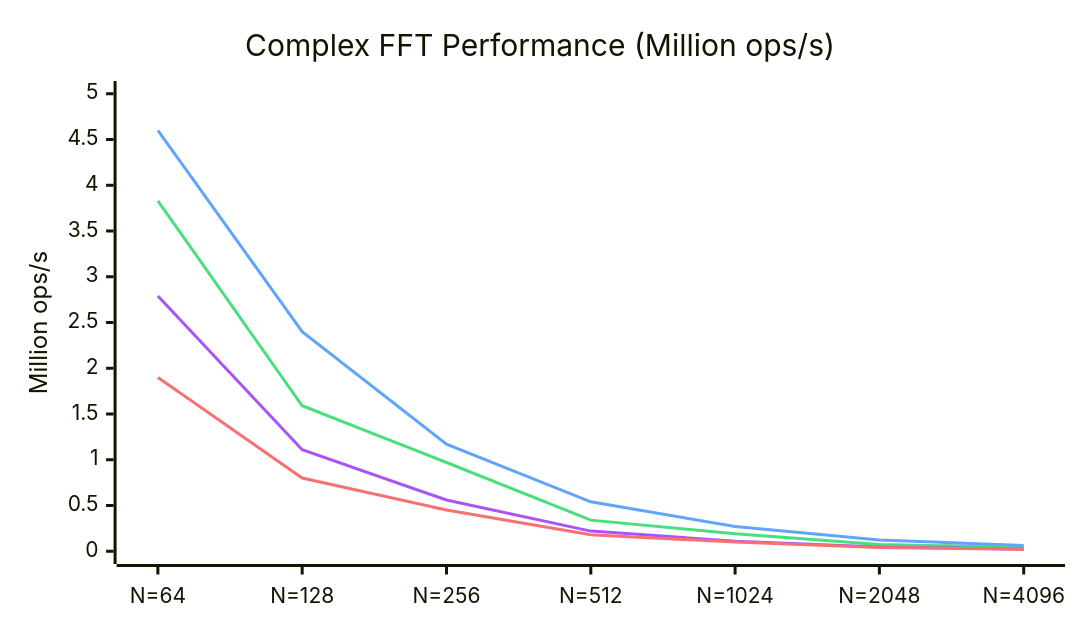
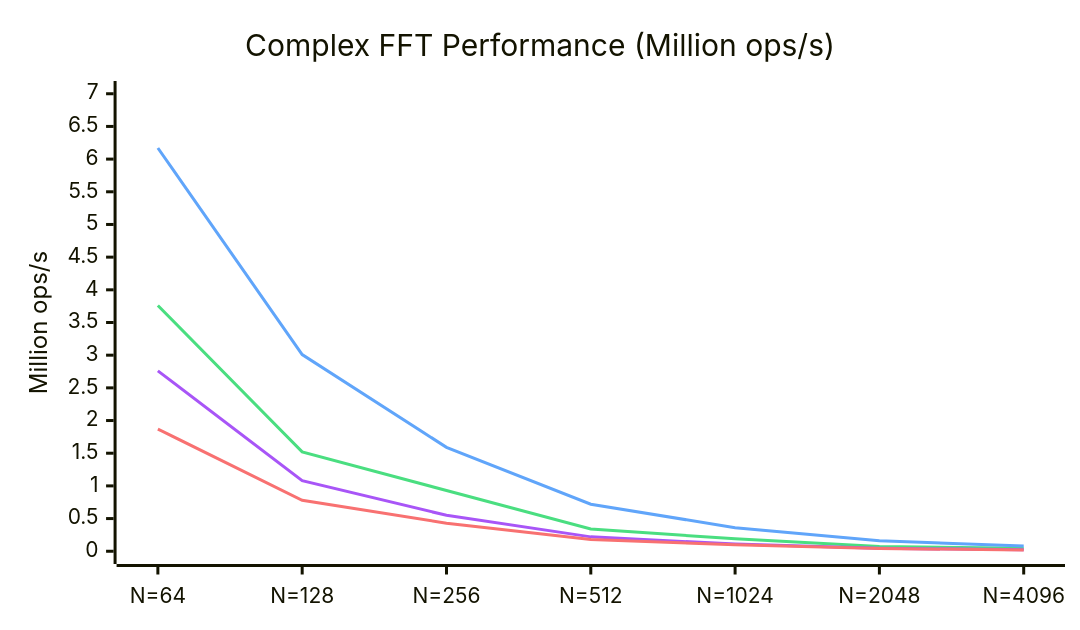
The first of 2 diagrams in README.md (EmNudge/wat-fft), drawn with Mermaid before and after one commit. The commit also changed other lines of this file and 5 other files, not shown here.

````diff
--- a/README.md
+++ b/README.md
@@ -21,19 +21,19 @@
 ```mermaid
 ---
 config:
     xyChart:
         width: 700
         height: 400
     themeVariables:
         xyChart:
             plotColorPalette: "#4ade80, #60a5fa, #a855f7, #f87171"
 ---
 xychart-beta
     title "Complex FFT Performance (Million ops/s)"
     x-axis [N=64, N=128, N=256, N=512, N=1024, N=2048, N=4096]
-    y-axis "Million ops/s" 0 --> 5
-    line [3.83, 1.59, 0.97, 0.34, 0.19, 0.074, 0.044]
-    line [4.60, 2.40, 1.17, 0.54, 0.27, 0.124, 0.062]
-    line [2.79, 1.11, 0.56, 0.22, 0.11, 0.047, 0.023]
-    line [1.90, 0.80, 0.45, 0.18, 0.10, 0.041, 0.022]
+    y-axis "Million ops/s" 0 --> 7
+    line [3.76, 1.52, 0.93, 0.34, 0.19, 0.074, 0.044]
+    line [6.17, 3.01, 1.59, 0.72, 0.36, 0.160, 0.079]
+    line [2.76, 1.08, 0.55, 0.22, 0.11, 0.046, 0.023]
+    line [1.87, 0.78, 0.43, 0.18, 0.10, 0.041, 0.021]
 ```
````
